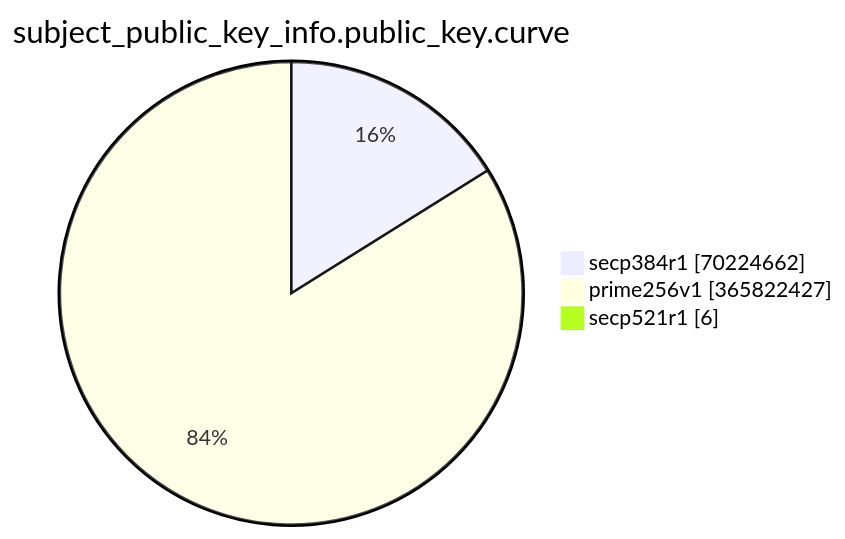
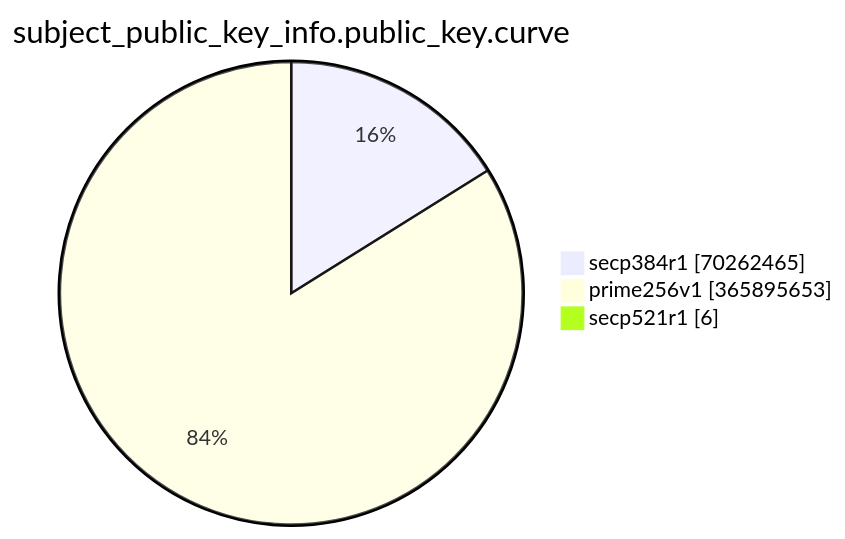
Before and after one commit to christiankrug/ctmonitor_visualization: the eighth of 15 diagrams in TOTAL/README.md, drawn with Mermaid. The commit also changed other lines of this file, not shown here.

````diff
--- a/TOTAL/README.md
+++ b/TOTAL/README.md
@@ -3093,7 +3093,7 @@
 ```mermaid
 pie showData
 title subject_public_key_info.public_key.curve
-"secp384r1" :70224662
-"prime256v1" :365822427
+"secp384r1" :70262465
+"prime256v1" :365895653
 "secp521r1" :6
 ```
````
